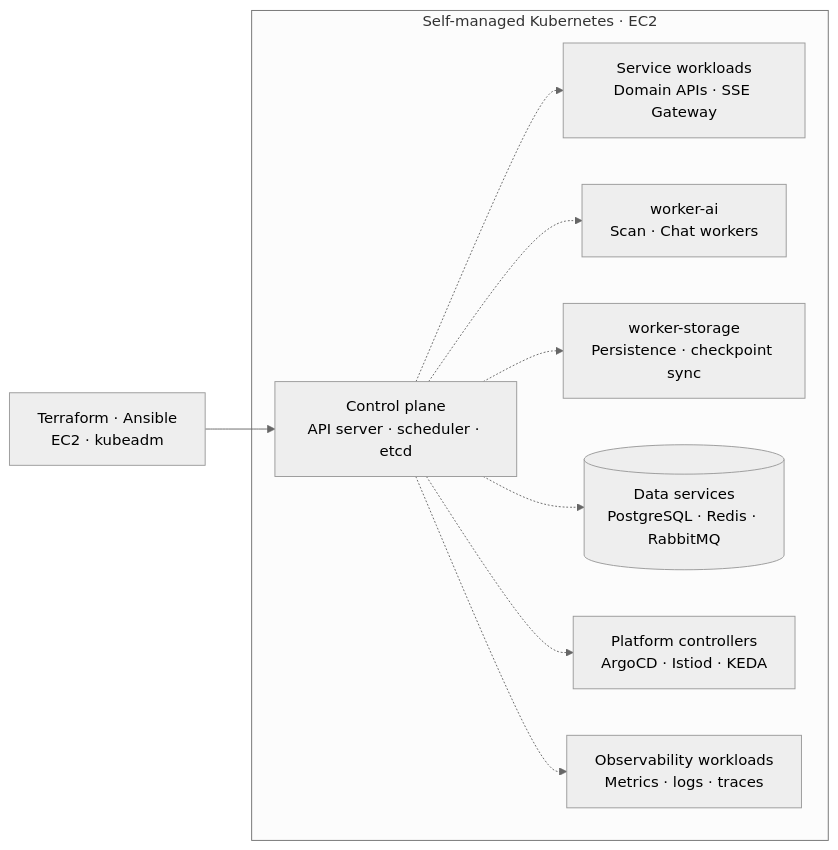
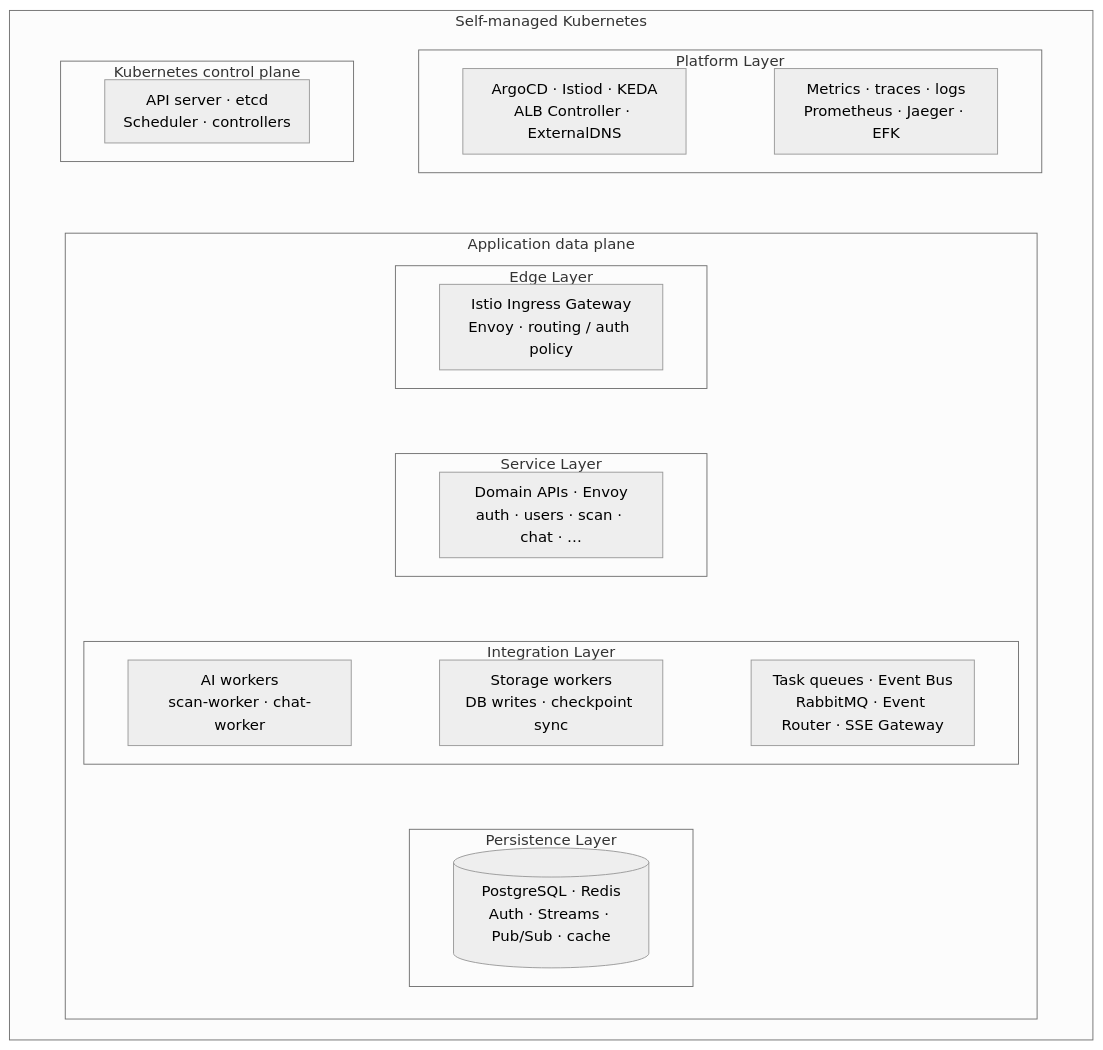
The fifth of 12 diagrams in README.md (mangowhoiscloud/mangowhoiscloud), drawn with Mermaid (neutral theme) before and after one commit. The commit also changed other lines of this file and 2 other files, not shown here.

Commit message:
docs: clarify Eco2 Kubernetes layer and placement boundaries

````diff
--- a/README.md
+++ b/README.md
@@ -171,15 +171,44 @@
 ```mermaid
-flowchart LR
-    accTitle: Eco² 자체 관리형 Kubernetes 클러스터 구성
-    accDescr: Terraform과 Ansible이 EC2 기반 kubeadm 클러스터를 구성한다. Control plane 아래에 서비스, AI worker, storage worker, 데이터 서비스, platform controller, 관측성 역할을 나누어 표시한다. 하나의 상자가 하나의 노드를 뜻하지 않는다.
-    Provision["Terraform · Ansible<br/>EC2 · kubeadm"] --> Control
-    subgraph Cluster["Self-managed Kubernetes · EC2"]
-        Control["Control plane<br/>API server · scheduler · etcd"]
-        Control -.-> APIs["Service workloads<br/>Domain APIs · SSE Gateway"]
-        Control -.-> AI["worker-ai<br/>Scan · Chat workers"]
-        Control -.-> Storage["worker-storage<br/>Persistence · checkpoint sync"]
-        Control -.-> Data[("Data services<br/>PostgreSQL · Redis · RabbitMQ")]
-        Control -.-> Platform["Platform controllers<br/>ArgoCD · Istiod · KEDA"]
-        Control -.-> Observe["Observability workloads<br/>Metrics · logs · traces"]
+flowchart TB
+    accTitle: Eco² Kubernetes 내부의 제어, 실행, 저장, 관측 경계
+    %%{init: {"flowchart": {"nodeSpacing": 20, "rankSpacing": 20, "padding": 10}}}%%
+    accDescr: 자체 관리형 Kubernetes 안에서 Kubernetes control plane, Platform controller와 관측성, 애플리케이션 실행 영역을 구분한다. 실행 영역은 Edge, Service, Integration, Persistence로 나뉜다. Integration에는 AI worker, storage worker, task queue와 이벤트 전달 경계가 있다. 상자는 기능의 포함 관계이며 물리 노드나 보안 격리를 보장하지 않는다.
+    subgraph Cluster["Self-managed Kubernetes"]
+        direction TB
+        subgraph Management[" "]
+            direction LR
+            subgraph KubeControl["Kubernetes control plane"]
+                Control["API server · etcd<br/>Scheduler · controllers"]
+            end
+            subgraph Platform["Platform Layer"]
+                direction LR
+                Controllers["ArgoCD · Istiod · KEDA<br/>ALB Controller · ExternalDNS"]
+                Observe["Metrics · traces · logs<br/>Prometheus · Jaeger · EFK"]
+                Controllers ~~~ Observe
+            end
+            KubeControl ~~~ Platform
+        end
+        subgraph Runtime["Application data plane"]
+            direction TB
+            subgraph Edge["Edge Layer"]
+                Ingress["Istio Ingress Gateway<br/>Envoy · routing / auth policy"]
+            end
+            subgraph Service["Service Layer"]
+                APIs["Domain APIs · Envoy<br/>auth · users · scan · chat · …"]
+            end
+            subgraph Integration["Integration Layer"]
+                direction LR
+                AI["AI workers<br/>scan-worker · chat-worker"]
+                Storage["Storage workers<br/>DB writes · checkpoint sync"]
+                Events["Task queues · Event Bus<br/>RabbitMQ · Event Router · SSE Gateway"]
+                AI ~~~ Storage ~~~ Events
+            end
+            subgraph Persistence["Persistence Layer"]
+                Data[("PostgreSQL · Redis<br/>Auth · Streams · Pub/Sub · cache")]
+            end
+            Edge ~~~ Service ~~~ Integration ~~~ Persistence
+        end
+        Management ~~~ Runtime
     end
+    style Management fill:none,stroke:none
 ```
````
